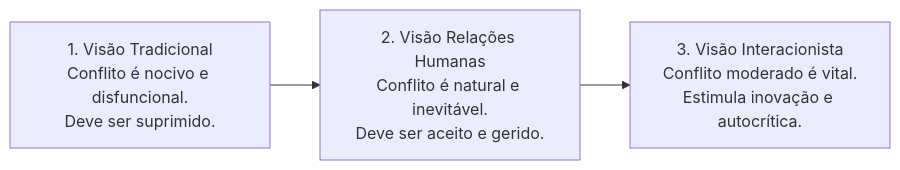
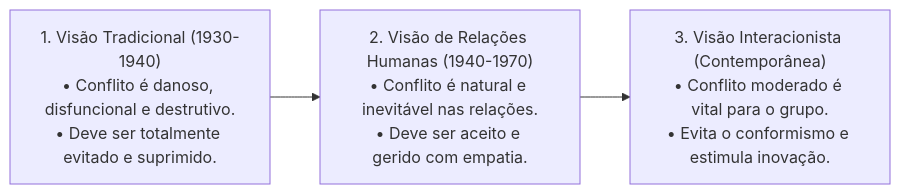
Before and after one commit to thiagosantos346/TCE-GO-2027: the first of 6 diagrams in fontes_de_estudo/conhecimentos_especificos_a01_tecnico_administrativo/24_comportamento_organizacional/03_conflito_negociacao_cultura_clima_e_desenvolvimento_organizacional.md, drawn with Mermaid. The commit also changed other lines of this file and 119 other files, not shown here.

````diff
--- a/fontes_de_estudo/conhecimentos_especificos_a01_tecnico_administrativo/24_comportamento_organizacional/03_conflito_negociacao_cultura_clima_e_desenvolvimento_organizacional.md
+++ b/fontes_de_estudo/conhecimentos_especificos_a01_tecnico_administrativo/24_comportamento_organizacional/03_conflito_negociacao_cultura_clima_e_desenvolvimento_organizacional.md
@@ -81,5 +51,6 @@
 ```mermaid
 flowchart LR
-    Trad["1. Visão Tradicional<br/>Conflito é nocivo e disfuncional.<br/>Deve ser suprimido."] --> RH["2. Visão Relações Humanas<br/>Conflito é natural e inevitável.<br/>Deve ser aceito e gerido."]
-    RH --> Interac["3. Visão Interacionista<br/>Conflito moderado é vital.<br/>Estimula inovação e autocrítica."]
+    Trad["1. Visão Tradicional (1930-1940)<br/>• Conflito é danoso, disfuncional e destrutivo.<br/>• Deve ser totalmente evitado e suprimido."] 
+    --> RH["2. Visão de Relações Humanas (1940-1970)<br/>• Conflito é natural e inevitável nas relações.<br/>• Deve ser aceito e gerido com empatia."]
+    RH --> Interac["3. Visão Interacionista (Contemporânea)<br/>• Conflito moderado é vital para o grupo.<br/>• Evita o conformismo e estimula inovação."]
 ```
````
